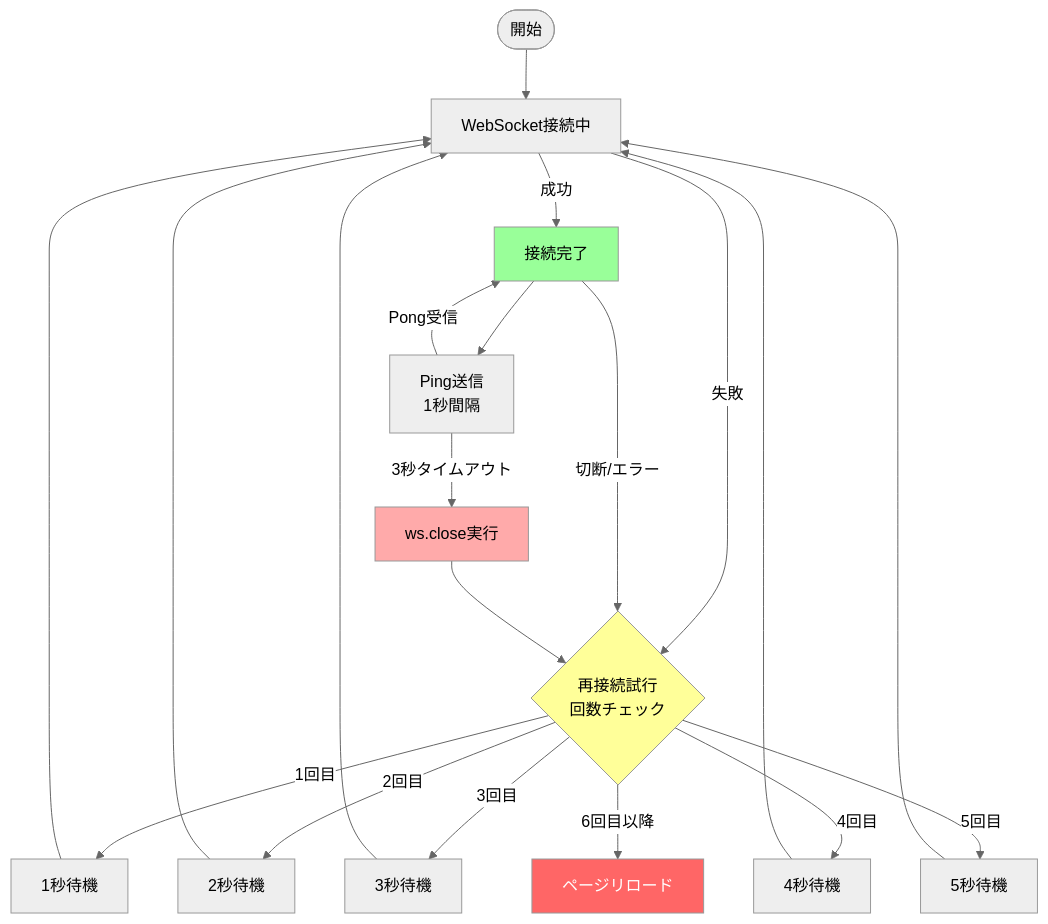
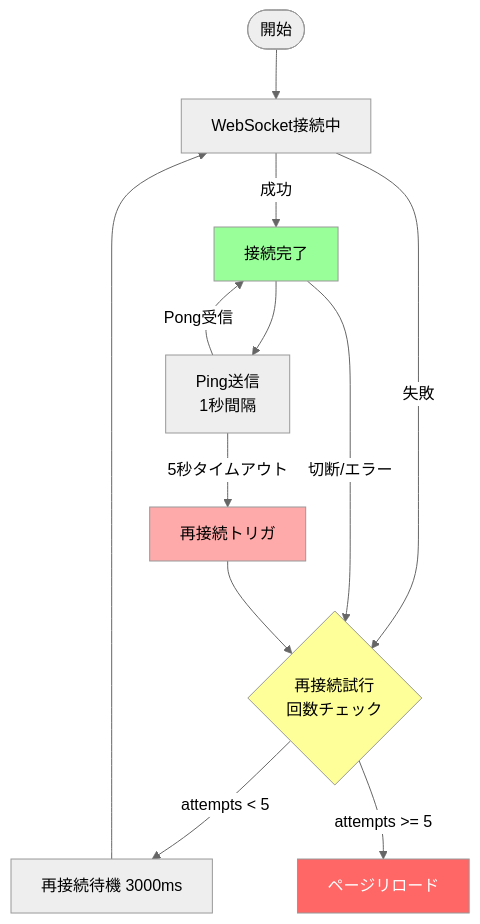
Diagram 15 of 16 in README.md (Raptor-zip/AichiProgrammingContest2025-HardwareCategory), drawn with Mermaid (neutral theme) before and after one commit. The commit also changed other lines of this file and 5 other files, not shown here.

````diff
--- a/README.md
+++ b/README.md
@@ -563,30 +556,22 @@
 ```mermaid
 flowchart TD
     Start([開始]) --> Connecting[WebSocket接続中]
     Connecting -->|成功| Connected[接続完了]
     Connecting -->|失敗| Disconnected{再接続試行<br/>回数チェック}
     Connected -->|切断/エラー| Disconnected
 
-    Disconnected -->|1回目| Wait1[1秒待機]
-    Disconnected -->|2回目| Wait2[2秒待機]
-    Disconnected -->|3回目| Wait3[3秒待機]
-    Disconnected -->|4回目| Wait4[4秒待機]
-    Disconnected -->|5回目| Wait5[5秒待機]
-    Disconnected -->|6回目以降| Reload[ページリロード]
+    Disconnected -->|attempts < 5| Wait[再接続待機 3000ms]
+    Disconnected -->|attempts >= 5| Reload[ページリロード]
 
-    Wait1 --> Connecting
-    Wait2 --> Connecting
-    Wait3 --> Connecting
-    Wait4 --> Connecting
-    Wait5 --> Connecting
+    Wait --> Connecting
 
     Connected --> Ping[Ping送信<br/>1秒間隔]
     Ping -->|Pong受信| Connected
-    Ping -->|3秒タイムアウト| Timeout[ws.close実行]
+    Ping -->|5秒タイムアウト| Timeout[再接続トリガ]
     Timeout --> Disconnected
 
     style Connected fill:#9f9
     style Disconnected fill:#ff9
     style Reload fill:#f66,color:#fff
     style Timeout fill:#faa
 ```
````
